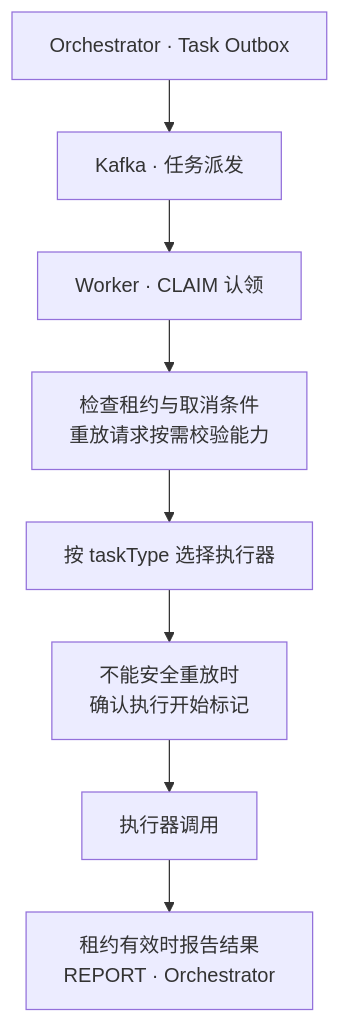
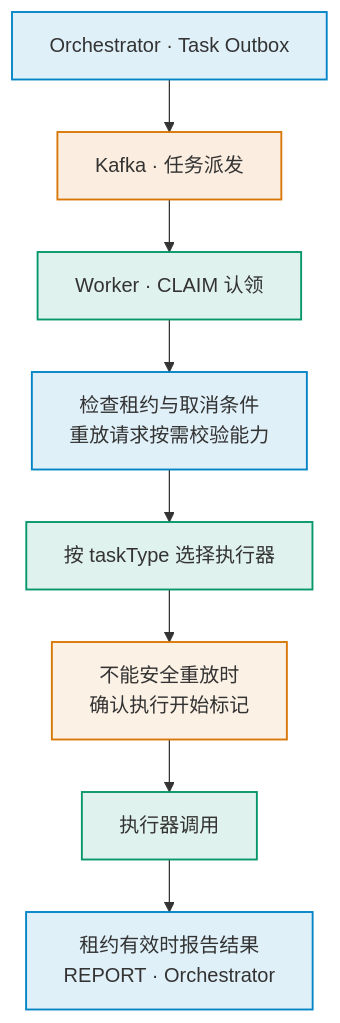
Diagram 13 of 23 in docs/architecture/system-flow-overview.md (pinpols/file-batch-system), drawn with Mermaid before and after one commit. The commit also changed other lines of this file and 34 other files, not shown here.

First line of the commit message:
docs(diagram): 完成 P3 Mermaid 图样式收口并补充制图规范 (#1390)

````diff
--- a/docs/architecture/system-flow-overview.md
+++ b/docs/architecture/system-flow-overview.md
@@ -446,11 +478,17 @@
 ```mermaid
 %%{init: {"flowchart":{"curve":"linear","nodeSpacing":32,"rankSpacing":42},"sequence":{"mirrorActors":false}}}%%
 flowchart TB
-  O["Orchestrator · Task Outbox"] --> K["Kafka · 任务派发"]
-  K --> C["Worker · CLAIM 认领"]
-  C --> P["检查租约与取消条件<br/>重放请求按需校验能力"]
-  P --> S["按 taskType 选择执行器"]
-  S --> M["不能安全重放时<br/>确认执行开始标记"]
-  M --> E["执行器调用"]
-  E --> T["租约有效时报告结果<br/>REPORT · Orchestrator"]
+  O["Orchestrator · Task Outbox"]:::control --> K["Kafka · 任务派发"]:::mq
+  K --> C["Worker · CLAIM 认领"]:::worker
+  C --> P["检查租约与取消条件<br/>重放请求按需校验能力"]:::control
+  P --> S["按 taskType 选择执行器"]:::worker
+  S --> M["不能安全重放时<br/>确认执行开始标记"]:::wait
+  M --> E["执行器调用"]:::worker
+  E --> T["租约有效时报告结果<br/>REPORT · Orchestrator"]:::control
+
+  classDef control fill:#0284c71f,stroke:#0284c7,stroke-width:1.5px
+  classDef mq fill:#d977061f,stroke:#d97706,stroke-width:1.5px
+  classDef worker fill:#0596691f,stroke:#059669,stroke-width:1.5px
+  classDef store fill:#7c3aed1f,stroke:#7c3aed,stroke-width:1.5px
+  classDef wait fill:#d977061a,stroke:#d97706,stroke-width:1.5px
 ```
````
